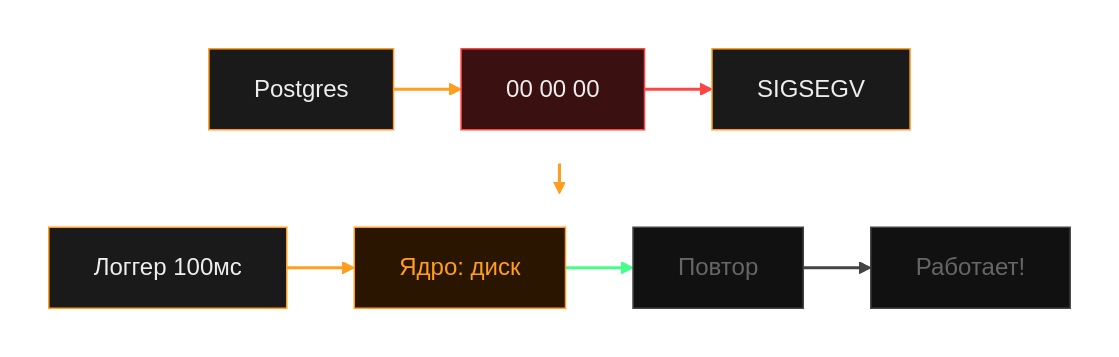
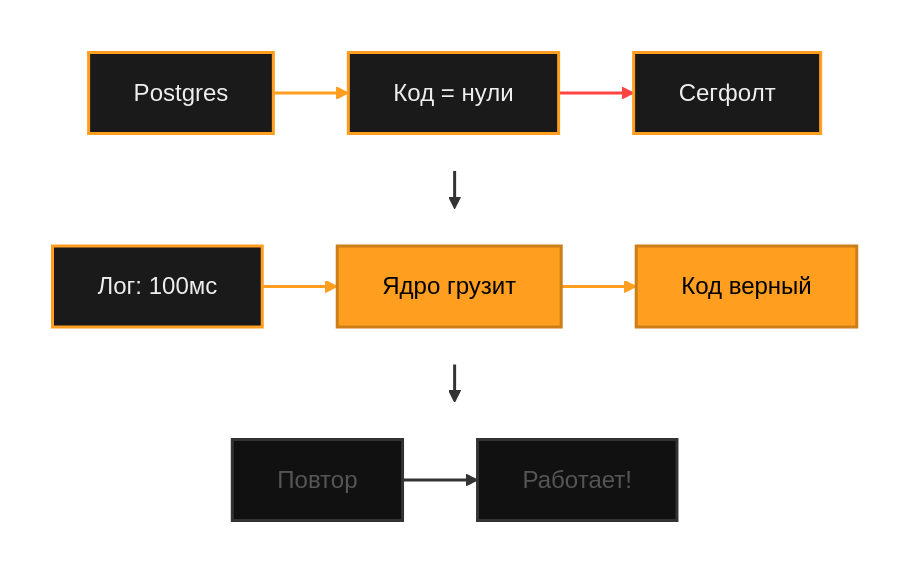
The diagram in docs/diagrams/resurrection-3.mmd (polarnik/postgresql-system-issue-story), drawn with Mermaid before and after one commit. The commit also changed 35 other files, not shown here.

Commit message:
update diagrams

```diff
--- a/docs/diagrams/resurrection-3.mmd
+++ b/docs/diagrams/resurrection-3.mmd
@@ -1,30 +1,47 @@
-%%{init: {'theme': 'base', 'themeVariables': { 'darkMode': true, 'background': '#000000', 'primaryColor': '#ff9e1f', 'primaryTextColor': '#fff', 'primaryBorderColor': '#cc7e19', 'secondaryColor': '#111111', 'secondaryTextColor': '#fff', 'tertiaryColor': '#111111', 'lineColor': '#ff9e1f', 'textColor': '#fff', 'mainBkg': '#111111', 'fontFamily': 'Roboto, sans-serif'}, 'flowchart': { 'nodeSpacing': 25, 'rankSpacing': 20 }}}%%
+%%{init: {'theme': 'base', 'themeVariables': { 'darkMode': true, 'background': '#000000', 'primaryColor': '#ff9e1f', 'primaryTextColor': '#fff', 'primaryBorderColor': '#cc7e19', 'secondaryColor': '#111111', 'secondaryTextColor': '#fff', 'tertiaryColor': '#111111', 'lineColor': '#ff9e1f', 'textColor': '#fff', 'mainBkg': '#111111', 'fontFamily': 'verdana'}, 'flowchart': { 'nodeSpacing': 30, 'rankSpacing': 25 }}}%%
 
 flowchart TB
-    classDef done fill:#1a1a1a,stroke:#ff9e1f,color:#eee
-    classDef active fill:#2a1500,stroke:#ff9e1f,color:#ff9e1f
-    classDef pending fill:#111111,stroke:#444,color:#666
-    classDef error fill:#3a1010,stroke:#ff4444,color:#eee
-    classDef success fill:#103a10,stroke:#44ff88,color:#eee
+    classDef done fill:#1a1a1a,stroke:#ff9e1f,color:#eee,stroke-width:2px
+    classDef active fill:#ff9e1f,stroke:#cc7e19,color:#000,stroke-width:2px
+    classDef pending fill:#111111,stroke:#333,color:#555,stroke-width:2px
+    classDef error fill:#3a1010,stroke:#ff4444,color:#eee,stroke-width:2px
+    classDef success fill:#103a10,stroke:#44ff88,color:#eee,stroke-width:2px
 
     subgraph S1 [" "]
         direction LR
-        A["Postgres"]:::done --> B["00 00 00"]:::error --> C["SIGSEGV"]:::done
+        A["Postgres"] --> B["Код = нули"] --> C["Сегфолт"]
     end
 
     subgraph S2 [" "]
         direction LR
-        D["Логгер 100мс"]:::done --> E["Ядро: диск"]:::active --> F["Повтор"]:::pending --> G["Работает!"]:::pending
+        D["Лог: 100мс"] --> E["Ядро грузит"] --> F["Код верный"]
+    end
+
+    subgraph S3 [" "]
+        direction LR
+        G["Повтор"] --> H["Работает!"]
     end
 
     S1 --> S2
+    S2 --> S3
+
+    style S1 fill:transparent,stroke:transparent
+    style S2 fill:transparent,stroke:transparent
+    style S3 fill:transparent,stroke:transparent
+
+    A:::done
+    B:::done
+    C:::done
+    D:::done
+    E:::active
+    F:::active
+    G:::pending
+    H:::pending
 
     linkStyle 0 stroke:#ff9e1f,stroke-width:2px
     linkStyle 1 stroke:#ff4444,stroke-width:2px
     linkStyle 2 stroke:#ff9e1f,stroke-width:2px
-    linkStyle 3 stroke:#44ff88,stroke-width:2px
-    linkStyle 4 stroke:#444,stroke-width:2px
-    linkStyle 5 stroke:#ff9e1f,stroke-width:2px
-
-    style S1 fill:transparent,stroke:transparent
-    style S2 fill:transparent,stroke:transparent
+    linkStyle 3 stroke:#ff9e1f,stroke-width:2px
+    linkStyle 4 stroke:#333,stroke-width:2px
+    linkStyle 5 stroke:#333,stroke-width:2px
+    linkStyle 6 stroke:#333,stroke-width:2px
```
